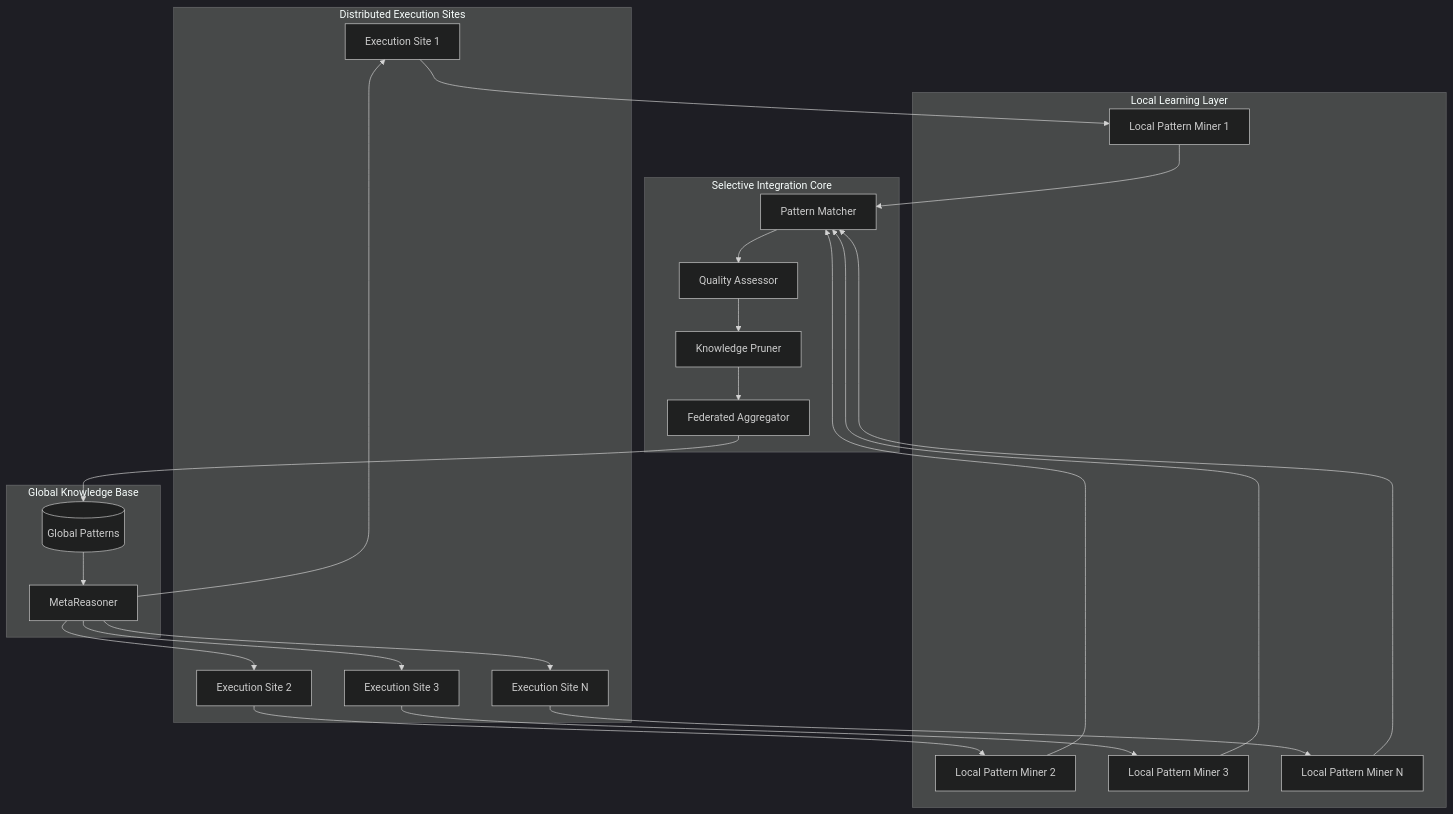
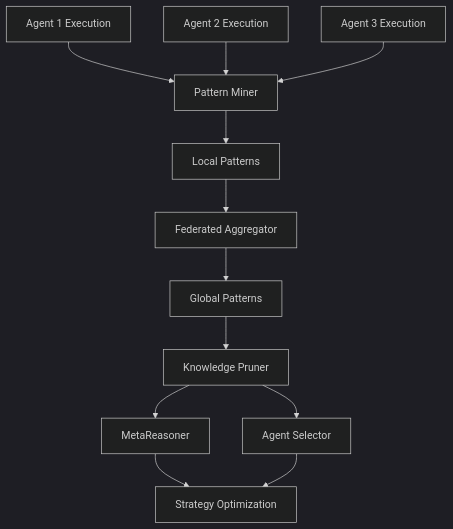
One commit to GaboBase/gabobase-ASM-docs changed the diagram in docs/cognitive/FLSIN.md. Above: the diagram before and after it, drawn with Mermaid (dark theme). The commit also changed other lines of this file and 3 other files, not shown here.

Commit message:
📚 Add FLSIN, HMMAF, DCE architecture docs

````diff
--- a/docs/cognitive/FLSIN.md
+++ b/docs/cognitive/FLSIN.md
@@ -9,49 +9,18 @@
 ```mermaid
 graph TB
-    subgraph "Distributed Execution Sites"
-        E1[Execution Site 1]
-        E2[Execution Site 2]
-        E3[Execution Site 3]
-        E4[Execution Site N]
-    end
+    A1[Agent 1 Execution] --> PM[Pattern Miner]
+    A2[Agent 2 Execution] --> PM
+    A3[Agent 3 Execution] --> PM
     
-    subgraph "Local Learning Layer"
-        L1[Local Pattern Miner 1]
-        L2[Local Pattern Miner 2]
-        L3[Local Pattern Miner 3]
-        L4[Local Pattern Miner N]
-    end
+    PM --> LP[Local Patterns]
+    LP --> FA[Federated Aggregator]
     
-    subgraph "Selective Integration Core"
-        PM[Pattern Matcher]
-        QA[Quality Assessor]
-        KP[Knowledge Pruner]
-        FA[Federated Aggregator]
-    end
+    FA --> GP[Global Patterns]
+    GP --> KP[Knowledge Pruner]
     
-    subgraph "Global Knowledge Base"
-        GKB[(Global Patterns)]
-        MR[MetaReasoner]
-    end
+    KP --> MR[MetaReasoner]
+    KP --> AS[Agent Selector]
     
-    E1 --> L1
-    E2 --> L2
-    E3 --> L3
-    E4 --> L4
-    
-    L1 --> PM
-    L2 --> PM
-    L3 --> PM
-    L4 --> PM
-    
-    PM --> QA
-    QA --> KP
-    KP --> FA
-    
-    FA --> GKB
-    GKB --> MR
-    MR --> E1
-    MR --> E2
-    MR --> E3
-    MR --> E4
+    MR --> Optimization[Strategy Optimization]
+    AS --> Optimization
 ```
````
